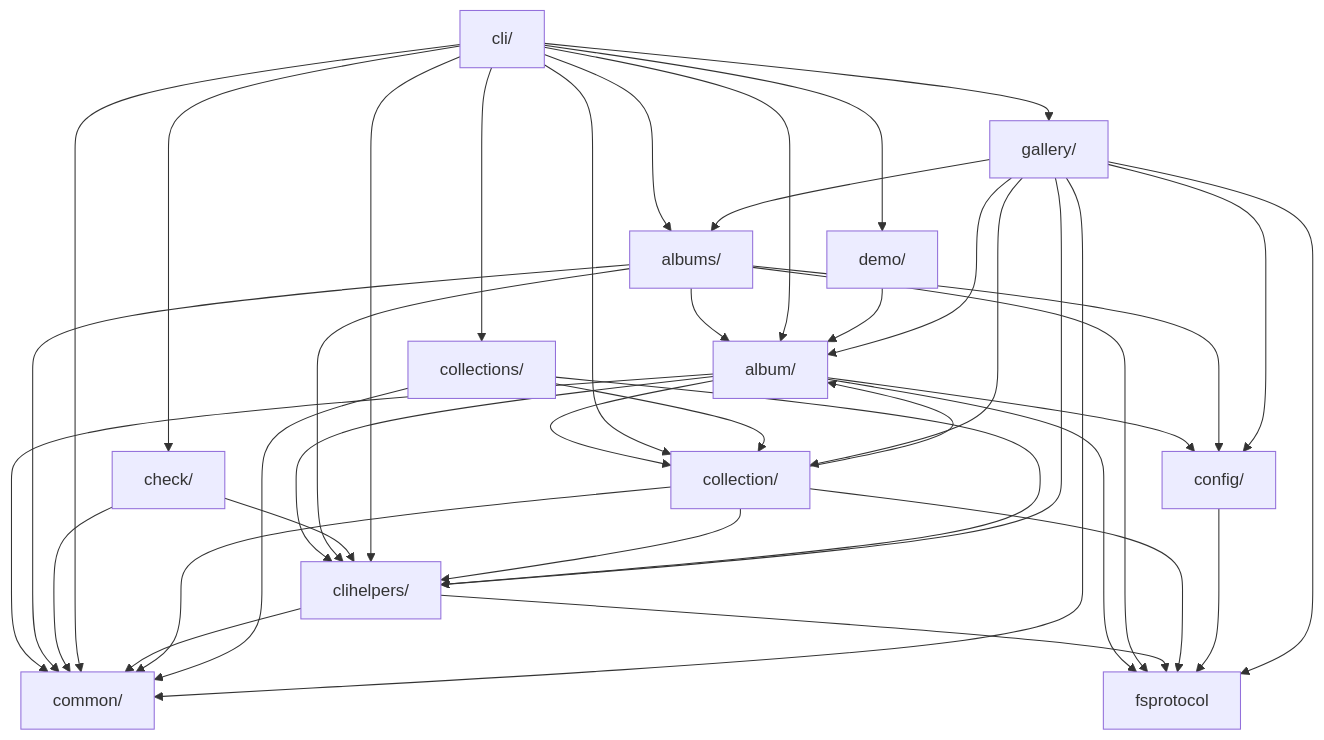
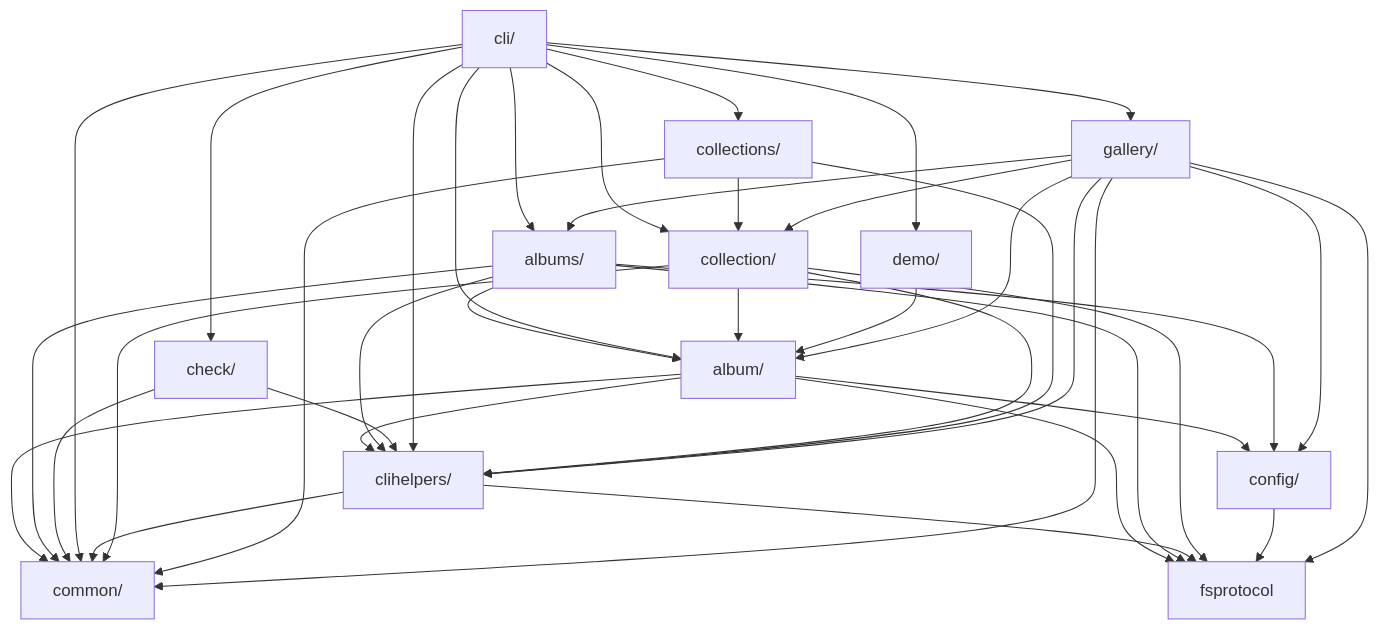
Before and after one commit to iglootools/photree: the diagram in docs/architecture.md, drawn with Mermaid. The commit also changed 10 other files, not shown here.

````diff
--- a/docs/architecture.md
+++ b/docs/architecture.md
@@ -17,55 +17,54 @@
 ```mermaid
 graph TD
     album["album/"]
     albums["albums/"]
     check["check/"]
     cli["cli/"]
     clihelpers["clihelpers/"]
     collection["collection/"]
     collections["collections/"]
     common["common/"]
     config["config/"]
     demo["demo/"]
     fsprotocol["fsprotocol"]
     gallery["gallery/"]
 
     album --> clihelpers
-    album --> collection
     album --> common
     album --> config
     album --> fsprotocol
     albums --> album
     albums --> clihelpers
     albums --> common
     albums --> config
     albums --> fsprotocol
     check --> clihelpers
     check --> common
     cli --> album
     cli --> albums
     cli --> check
     cli --> clihelpers
     cli --> collection
     cli --> collections
     cli --> common
     cli --> demo
     cli --> gallery
     clihelpers --> common
     clihelpers --> fsprotocol
     collection --> album
     collection --> clihelpers
     collection --> common
     collection --> fsprotocol
     collections --> clihelpers
     collections --> collection
     collections --> common
     config --> fsprotocol
     demo --> album
     gallery --> album
     gallery --> albums
     gallery --> clihelpers
     gallery --> collection
     gallery --> common
     gallery --> config
     gallery --> fsprotocol
 ```
````
